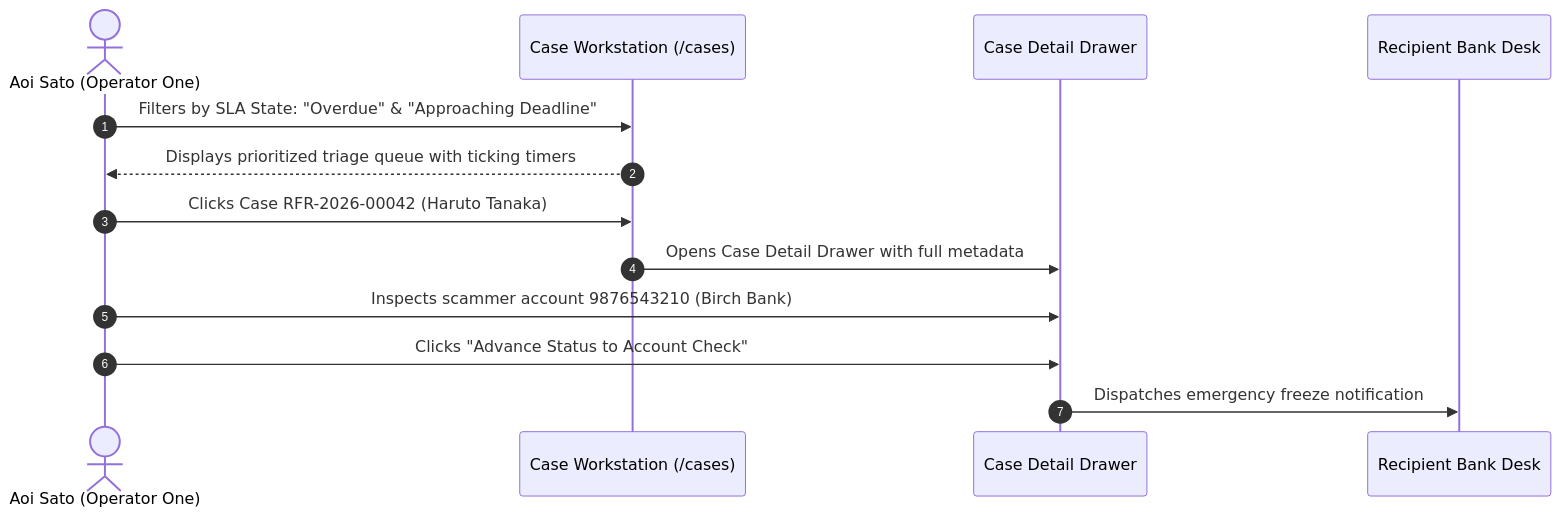
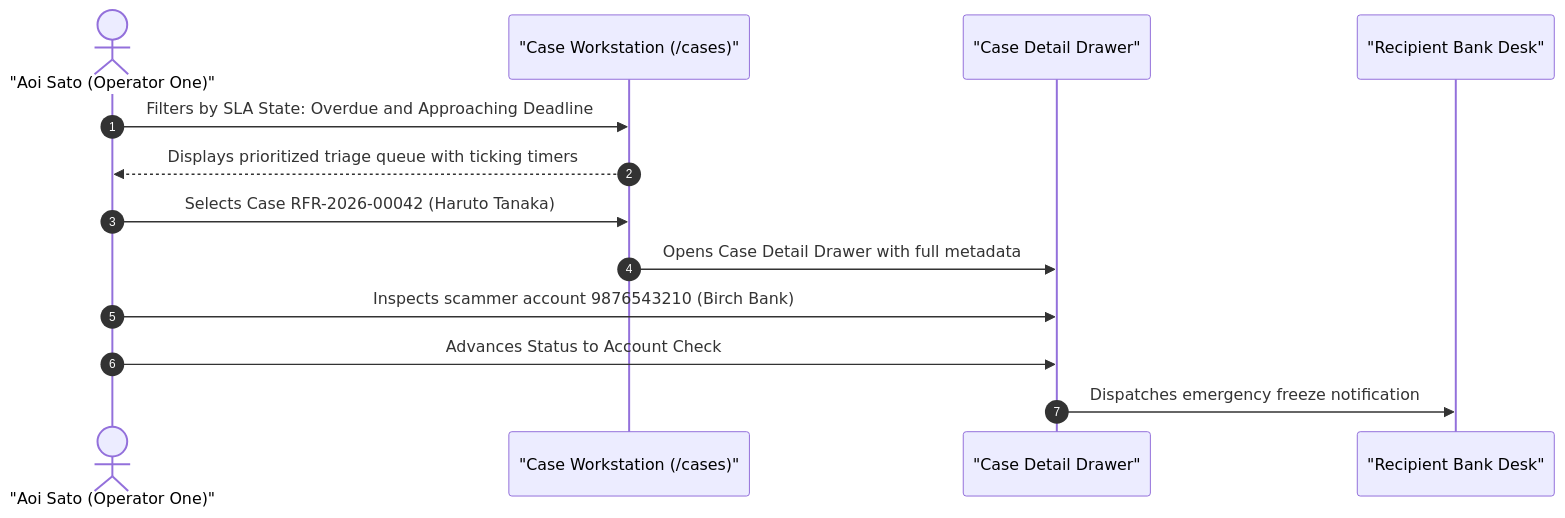
One commit to minuwu/ReliefOps changed the third of 7 diagrams in frontend/walkthrough/README.md. Above: the diagram before and after it, drawn with Mermaid. The commit also changed other lines of this file and 8 other files, not shown here.

Commit message:
fix(docs): sanitize mermaid diagrams for github rendering and remove release workflow

````diff
--- a/frontend/walkthrough/README.md
+++ b/frontend/walkthrough/README.md
@@ -162,16 +161,16 @@
 ```mermaid
 sequenceDiagram
     autonumber
-    actor Op as Aoi Sato (Operator One)
-    participant UI as Case Workstation (/cases)
-    participant Drawer as Case Detail Drawer
-    participant Bank as Recipient Bank Desk
+    actor Op as "Aoi Sato (Operator One)"
+    participant UI as "Case Workstation (/cases)"
+    participant Drawer as "Case Detail Drawer"
+    participant Bank as "Recipient Bank Desk"
 
-    Op->>UI: Filters by SLA State: "Overdue" & "Approaching Deadline"
+    Op->>UI: Filters by SLA State: Overdue and Approaching Deadline
     UI-->>Op: Displays prioritized triage queue with ticking timers
-    Op->>UI: Clicks Case RFR-2026-00042 (Haruto Tanaka)
+    Op->>UI: Selects Case RFR-2026-00042 (Haruto Tanaka)
     UI->>Drawer: Opens Case Detail Drawer with full metadata
     Op->>Drawer: Inspects scammer account 9876543210 (Birch Bank)
-    Op->>Drawer: Clicks "Advance Status to Account Check"
+    Op->>Drawer: Advances Status to Account Check
     Drawer->>Bank: Dispatches emergency freeze notification
 ```
````
